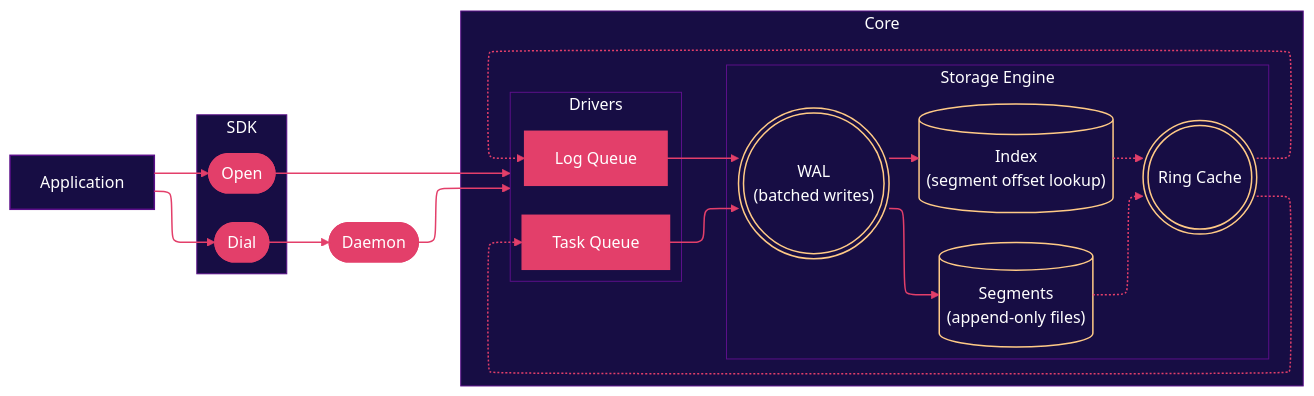
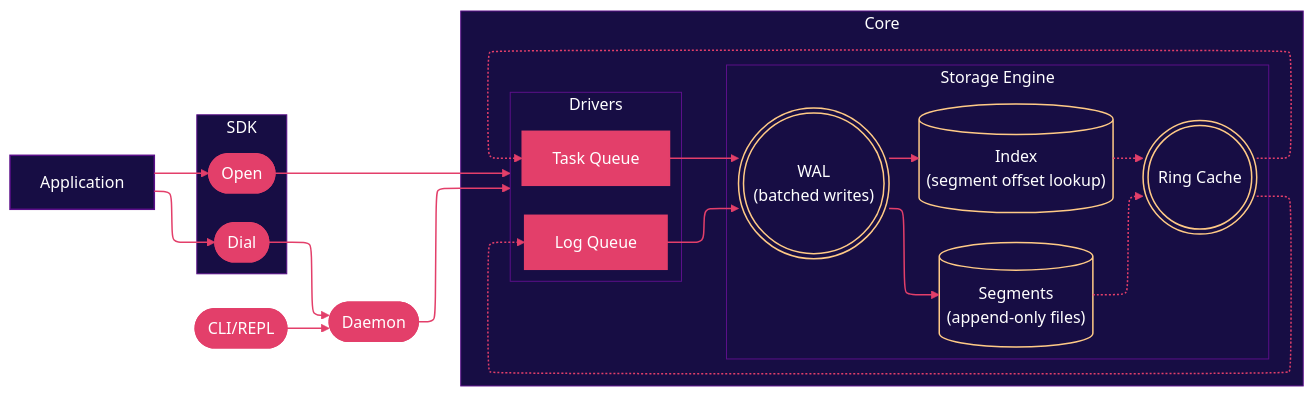
The diagram in README.md (dmunish/mikyu), drawn with Mermaid before and after one commit.

Commit message:
[docs] README: add CLI to architecture diagram

````diff
--- a/README.md
+++ b/README.md
@@ -35,76 +35,79 @@
 ```mermaid
 ---
 config:
   layout: elk
   theme: base
   themeVariables:
     background: "#170d44"
     primaryTextColor: "#ffffff"
     lineColor: "#e33f6a"
     clusterBkg: "#170d44"
     clusterBorder: "#5b0f89"
     edgeLabelBackground: "#170d44"
     fontFamily: "IBM Plex Mono, monospace"
 ---
 flowchart LR
     APP["Application"]
 
     subgraph SDK["SDK"]
         direction TB
         OPEN(["Open"])
         DIAL(["Dial"])
     end
+
+    CLI(["CLI/REPL"])
 
     DMN(["Daemon"])
 
     subgraph CORE["Core"]
         direction TB
 
         subgraph DRV["Drivers"]
             direction LR
             LOG["Log Queue"]
             TASK["Task Queue"]
         end
 
         subgraph ENG["Storage Engine"]
             direction LR
             WAL((("WAL
             (batched writes)")))
             SEG[("Segments
             (append-only files)")]
             IDX[("Index
             (segment offset lookup)")]
             CACHE((("Ring Cache")))
 
             WAL ==> SEG
             WAL ==> IDX
             SEG -.-> CACHE
             IDX -.-> CACHE
         end
     end
 
     APP --> OPEN
     APP --> DIAL
     OPEN --> DRV
     DIAL --> DMN
+    CLI --> DMN
     DMN --> DRV
     LOG --> WAL
     TASK --> WAL
     CACHE -.-> LOG
     CACHE -.-> TASK
 
     classDef interface fill:#170d44,stroke:#5b0f89,color:#ffffff,stroke-width:1.5px
     classDef runtime fill:#e33f6a,stroke:#e33f6a,color:#ffffff,stroke-width:1.5px
     classDef storage fill:transparent,stroke:#ffca86,color:#ffffff,stroke-width:1.5px
 
     class APP interface
-    class OPEN,DIAL,DMN,LOG,TASK runtime
+    class OPEN,DIAL,CLI,DMN,LOG,TASK runtime
     class WAL,SEG,IDX,CACHE storage
 
     style SDK fill:#170d44,stroke:#5b0f89,color:#ffffff
     style CORE fill:#170d44,stroke:#5b0f89,color:#ffffff
     style DRV fill:#170d44,stroke:#5b0f89,color:#ffffff
     style ENG fill:#170d44,stroke:#5b0f89,color:#ffffff
 
     linkStyle default stroke:#e33f6a,stroke-width:1.5px
 ```
````
